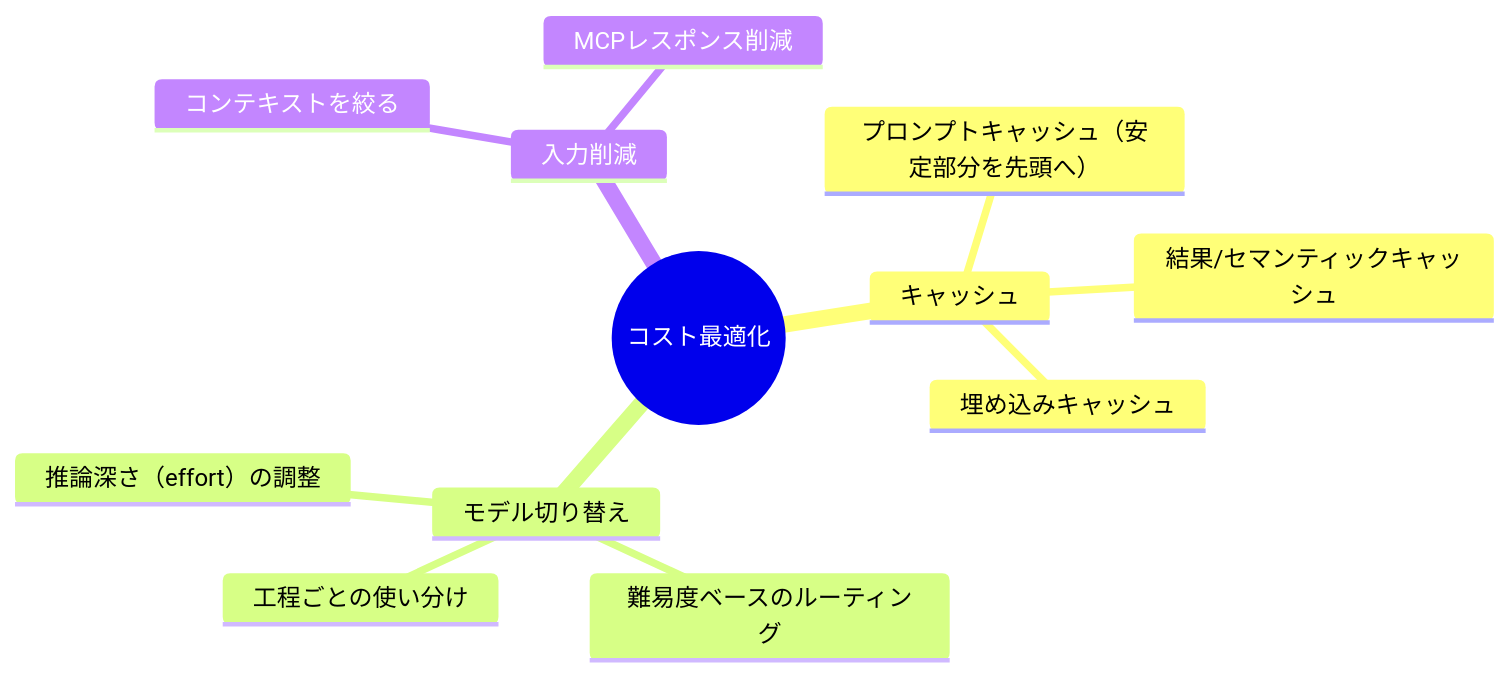
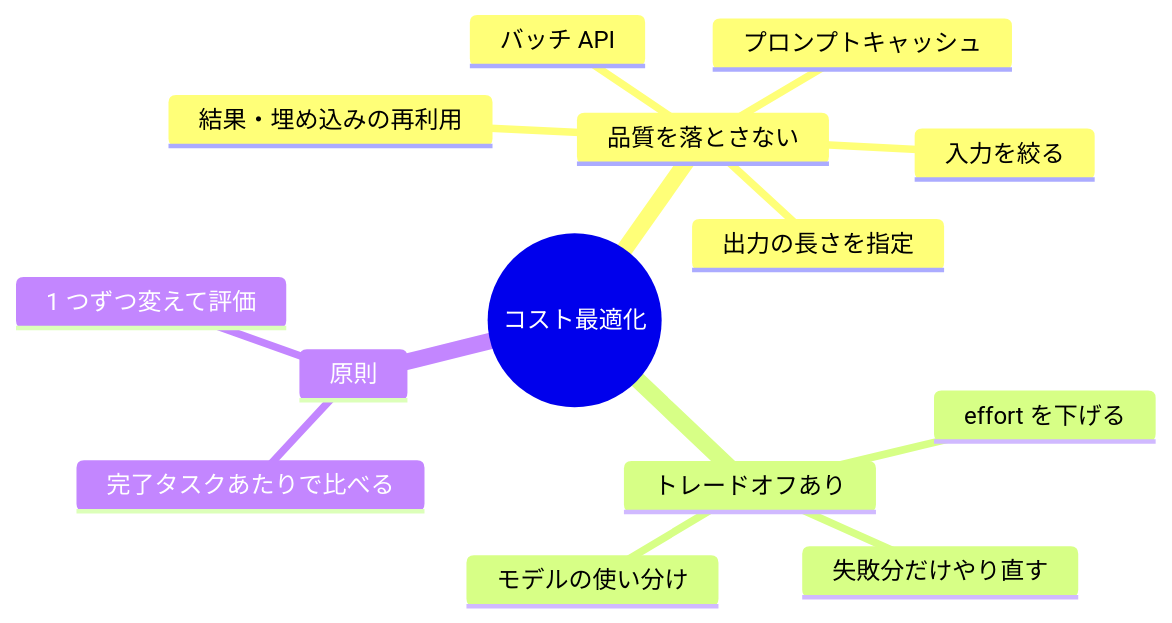
The sixth of 6 diagrams in src/content/docs/cost-roi/optimization.md (mike-sugimoto/ai-tech-notes), drawn with Mermaid before and after one commit. The commit also changed other lines of this file and 4 other files, not shown here.

````diff
--- a/src/content/docs/cost-roi/optimization.md
+++ b/src/content/docs/cost-roi/optimization.md
@@ -171,15 +234,17 @@
 ```mermaid
 mindmap
   root((コスト最適化))
-    キャッシュ
-      プロンプトキャッシュ（安定部分を先頭へ）
-      結果/セマンティックキャッシュ
-      埋め込みキャッシュ
-    モデル切り替え
-      工程ごとの使い分け
-      難易度ベースのルーティング
-      推論深さ（effort）の調整
-    入力削減
-      コンテキストを絞る
-      MCPレスポンス削減
+    品質を落とさない
+      プロンプトキャッシュ
+      入力を絞る
+      出力の長さを指定
+      バッチ API
+      結果・埋め込みの再利用
+    トレードオフあり
+      effort を下げる
+      失敗分だけやり直す
+      モデルの使い分け
+    原則
+      完了タスクあたりで比べる
+      1 つずつ変えて評価
 ```
````
